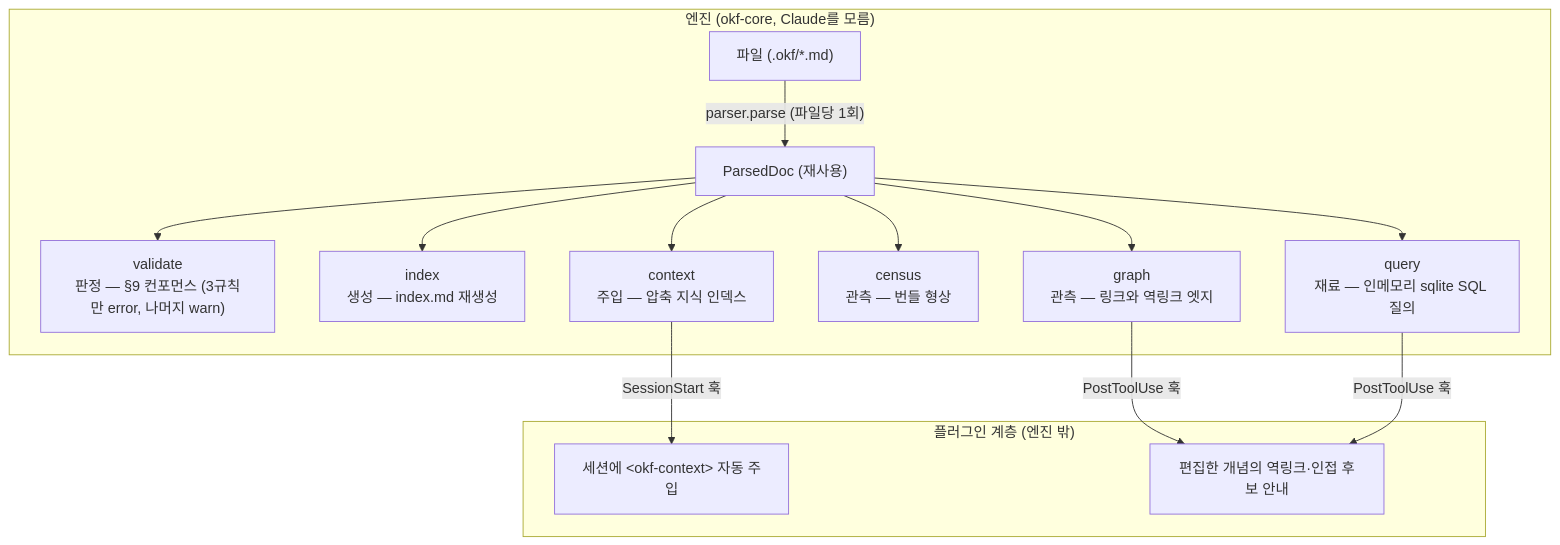
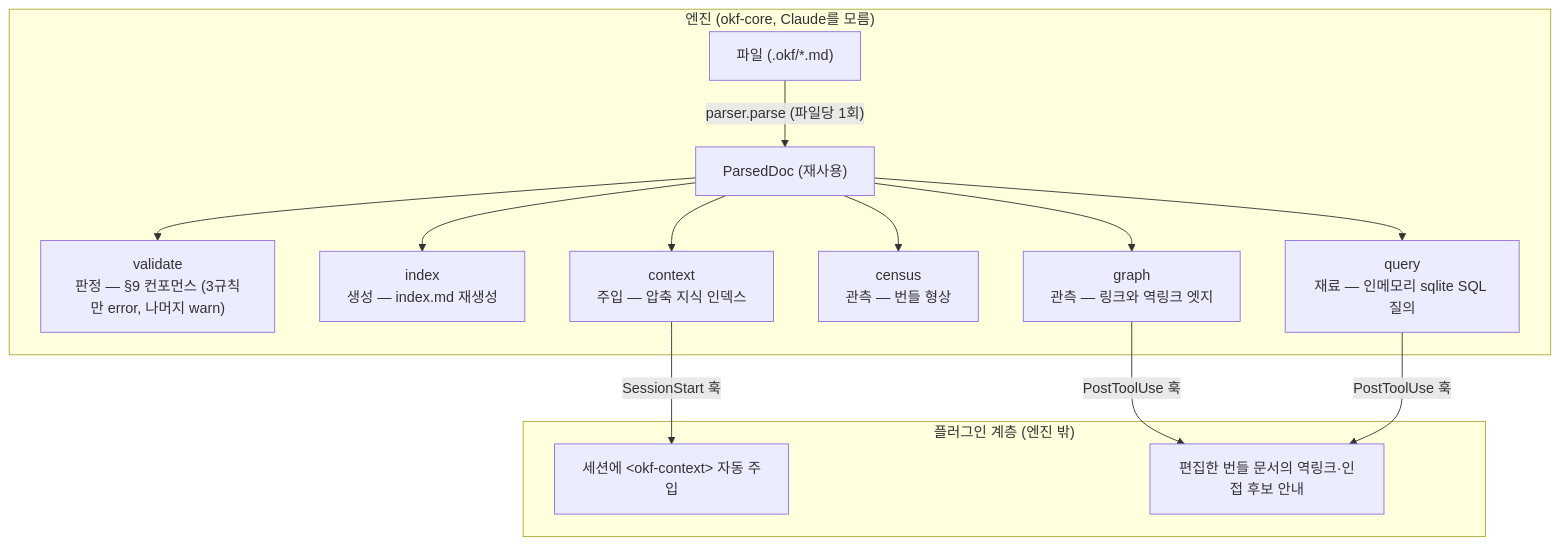
Before and after one commit to pmmm114/okf-wiki-plugin: the diagram in README.md, drawn with Mermaid. The commit also changed other lines of this file and 1 other file, not shown here.

Commit message:
docs(readme): 리뷰 반영 — 역링크 문구를 실물로 완화, 배선 게이트 등식·모듈 캡처로 견고화
리뷰 지적 3건을 재실측으로 확인하고 반영했다.

- 역링크 문구 완화: graph --linked-to-exact가 예약 파일(index.md)을 혼입하는
  것을 픽스처 재실측으로 확인. '링크하는 개념'을 '링크하는 문서'로, 다이어그램
  노드도 '편집한 번들 문서'로 완화. 노이즈 결함 자체는 #347로 등록(훅 필터 또는
  query edge 경유는 후속 PR의 몫)
- _COMMAND 캡처를 모듈 쪽으로: '"log": logmd.main' 등록이 실재해 서브커맨드명
  캡처는 stem 대조와 어긋날 수 있었다(미래 거짓 녹색). 자기검증에 이름 갈림
  케이스 추가
- 완전성 검사를 등식으로: 소비를 그만둔 모듈이 다이어그램에 유령으로 남는
  방향도 red. 유령 노드 주입으로 red 로컬 실증

````diff
--- a/README.md
+++ b/README.md
@@ -154,19 +154,19 @@
 ```mermaid
 flowchart TD
     subgraph engine["엔진 (okf-core, Claude를 모름)"]
         F["파일 (.okf/*.md)"] -->|"parser.parse (파일당 1회)"| P["ParsedDoc (재사용)"]
         P --> V["validate<br/>판정 — §9 컨포먼스 (3규칙만 error, 나머지 warn)"]
         P --> I["index<br/>생성 — index.md 재생성"]
         P --> G["graph<br/>관측 — 링크와 역링크 엣지"]
         P --> N["census<br/>관측 — 번들 형상"]
         P --> Q["query<br/>재료 — 인메모리 sqlite SQL 질의"]
         P --> C["context<br/>주입 — 압축 지식 인덱스"]
     end
     subgraph plugin["플러그인 계층 (엔진 밖)"]
         O["세션에 &lt;okf-context&gt; 자동 주입"]
-        B["편집한 개념의 역링크·인접 후보 안내"]
+        B["편집한 번들 문서의 역링크·인접 후보 안내"]
     end
     C -->|"SessionStart 훅"| O
     G -->|"PostToolUse 훅"| B
     Q -->|"PostToolUse 훅"| B
 ```
````
